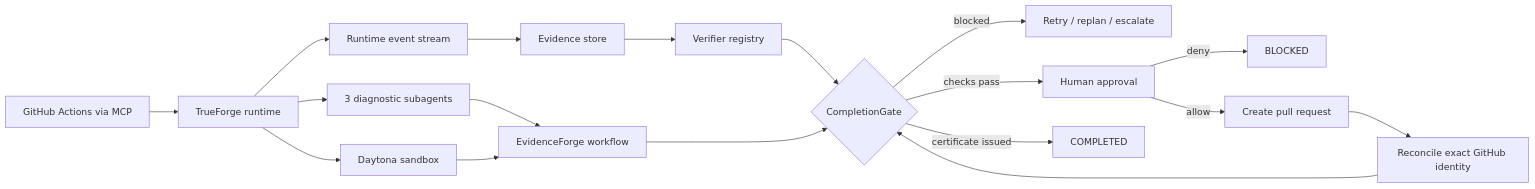
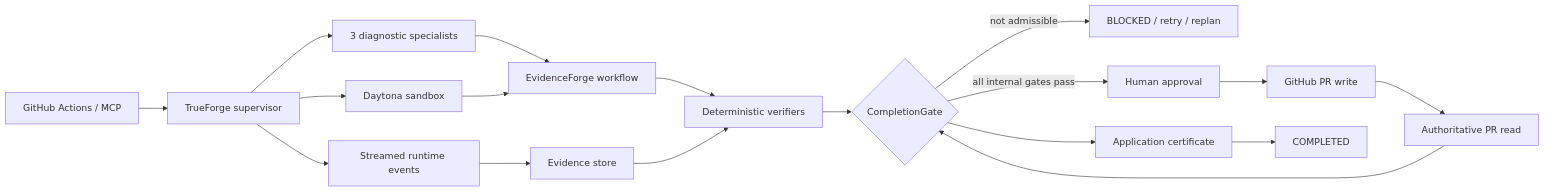
One commit to cmdr-chara/evidenceforge changed the diagram in README.md. Above: the diagram before and after it, drawn with Mermaid. The commit also changed other lines of this file and 8 other files, not shown here.

````diff
--- a/README.md
+++ b/README.md
@@ -63,22 +45,20 @@
 ```mermaid
 flowchart LR
-    GH[GitHub Actions via MCP] --> TF[TrueForge runtime]
-    TF --> SUB[3 diagnostic subagents]
-    TF --> DT[Daytona sandbox]
-    TF --> EV[Runtime event stream]
-
-    SUB --> WF[EvidenceForge workflow]
-    DT --> WF
-    EV --> ES[Evidence store]
-    ES --> VR[Verifier registry]
-    VR --> CG{CompletionGate}
-    WF --> CG
-
-    CG -->|blocked| RP[Retry / replan / escalate]
-    CG -->|checks pass| AP[Human approval]
-    AP -->|deny| BL[BLOCKED]
-    AP -->|allow| PR[Create pull request]
-    PR --> RC[Reconcile exact GitHub identity]
-    RC --> CG
-    CG -->|certificate issued| OK[COMPLETED]
+  GH[GitHub Actions / MCP] --> TF[TrueForge supervisor]
+  TF --> S[3 diagnostic specialists]
+  TF --> DT[Daytona sandbox]
+  TF --> EV[Streamed runtime events]
+  S --> WF[EvidenceForge workflow]
+  DT --> WF
+  EV --> ES[Evidence store]
+  WF --> VR[Deterministic verifiers]
+  ES --> VR
+  VR --> CG{CompletionGate}
+  CG -->|not admissible| BL[BLOCKED / retry / replan]
+  CG -->|all internal gates pass| AP[Human approval]
+  AP --> PR[GitHub PR write]
+  PR --> RC[Authoritative PR read]
+  RC --> CG
+  CG --> CERT[Application certificate]
+  CERT --> OK[COMPLETED]
 ```
````
